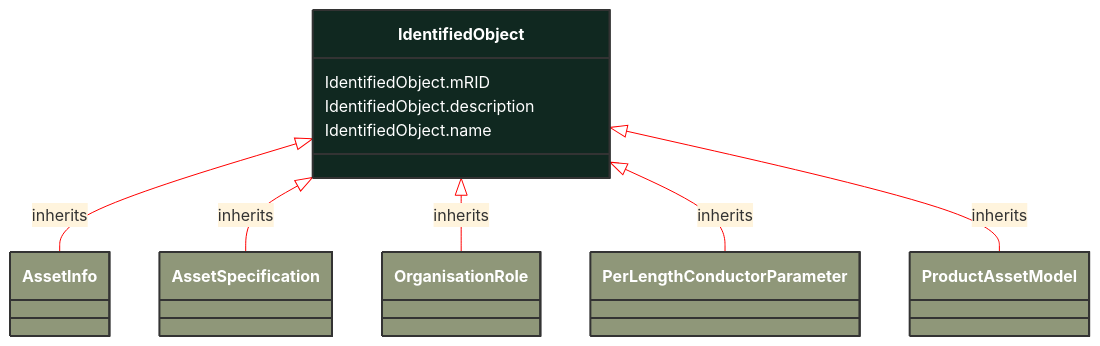
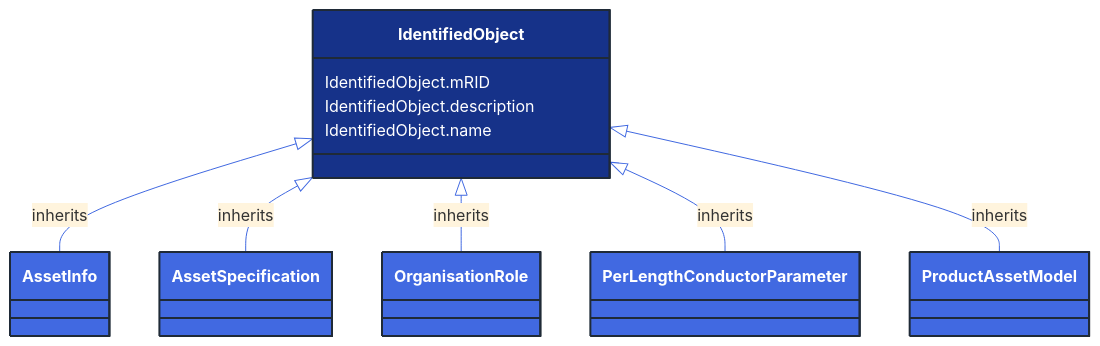
Before and after one commit to 3lbits/NoCIMExtensions: the diagram in docs/Models/Profiles/SubseaCableInfo/AbstractClasses/IdentifiedObject.md, drawn with Mermaid. The commit also changed 362 other files, not shown here.

First line of the commit message:
Update diagrams and styles for improved visual consistency

````diff
--- a/docs/Models/Profiles/SubseaCableInfo/AbstractClasses/IdentifiedObject.md
+++ b/docs/Models/Profiles/SubseaCableInfo/AbstractClasses/IdentifiedObject.md
@@ -10,43 +10,43 @@
 ```mermaid
-%%{init: {'theme':'base','themeVariables': {'lineColor': '#FF0000'}}}%%
+%%{init: {'theme':'base','themeVariables': {'lineColor': '#4169E1'}}}%%
 classDiagram
     class IdentifiedObject
     click IdentifiedObject href "/Models/Profiles/SubseaCableInfo/AbstractClasses/IdentifiedObject/"
-    style IdentifiedObject fill:#102820,stroke:#333,stroke-width:2px,rx:10,ry:10,color:white
+    style IdentifiedObject fill:#163289,stroke:#1F2A37,stroke-width:2px,rx:10,ry:10,color:white
 
         IdentifiedObject <|-- AssetInfo : inherits
 
         AssetInfo
             click AssetInfo href "/Models/Profiles/SubseaCableInfo/AbstractClasses/AssetInfo/"
-            style AssetInfo fill:#8F9779,stroke:#333,stroke-width:2px,rx:10,ry:10,color:white
+            style AssetInfo fill:#4169E1,stroke:#1F2A37,stroke-width:2px,rx:10,ry:10,color:white
 
         IdentifiedObject <|-- AssetSpecification : inherits
 
         AssetSpecification
             click AssetSpecification href "/Models/Profiles/SubseaCableInfo/ConcreteClasses/AssetSpecification/"
-            style AssetSpecification fill:#8F9779,stroke:#333,stroke-width:2px,rx:10,ry:10,color:white
+            style AssetSpecification fill:#4169E1,stroke:#1F2A37,stroke-width:2px,rx:10,ry:10,color:white
 
         IdentifiedObject <|-- OrganisationRole : inherits
 
         OrganisationRole
             click OrganisationRole href "/Models/Profiles/SubseaCableInfo/AbstractClasses/OrganisationRole/"
-            style OrganisationRole fill:#8F9779,stroke:#333,stroke-width:2px,rx:10,ry:10,color:white
+            style OrganisationRole fill:#4169E1,stroke:#1F2A37,stroke-width:2px,rx:10,ry:10,color:white
 
         IdentifiedObject <|-- PerLengthConductorParameter : inherits
 
         PerLengthConductorParameter
             click PerLengthConductorParameter href "/Models/Profiles/SubseaCableInfo/AbstractClasses/PerLengthConductorParameter/"
-            style PerLengthConductorParameter fill:#8F9779,stroke:#333,stroke-width:2px,rx:10,ry:10,color:white
+            style PerLengthConductorParameter fill:#4169E1,stroke:#1F2A37,stroke-width:2px,rx:10,ry:10,color:white
 
         IdentifiedObject <|-- ProductAssetModel : inherits
 
         ProductAssetModel
             click ProductAssetModel href "/Models/Profiles/SubseaCableInfo/ConcreteClasses/ProductAssetModel/"
-            style ProductAssetModel fill:#8F9779,stroke:#333,stroke-width:2px,rx:10,ry:10,color:white
+            style ProductAssetModel fill:#4169E1,stroke:#1F2A37,stroke-width:2px,rx:10,ry:10,color:white
 
 
 
         IdentifiedObject : IdentifiedObject.mRID
         IdentifiedObject : IdentifiedObject.description
         IdentifiedObject : IdentifiedObject.name
 ```
````
